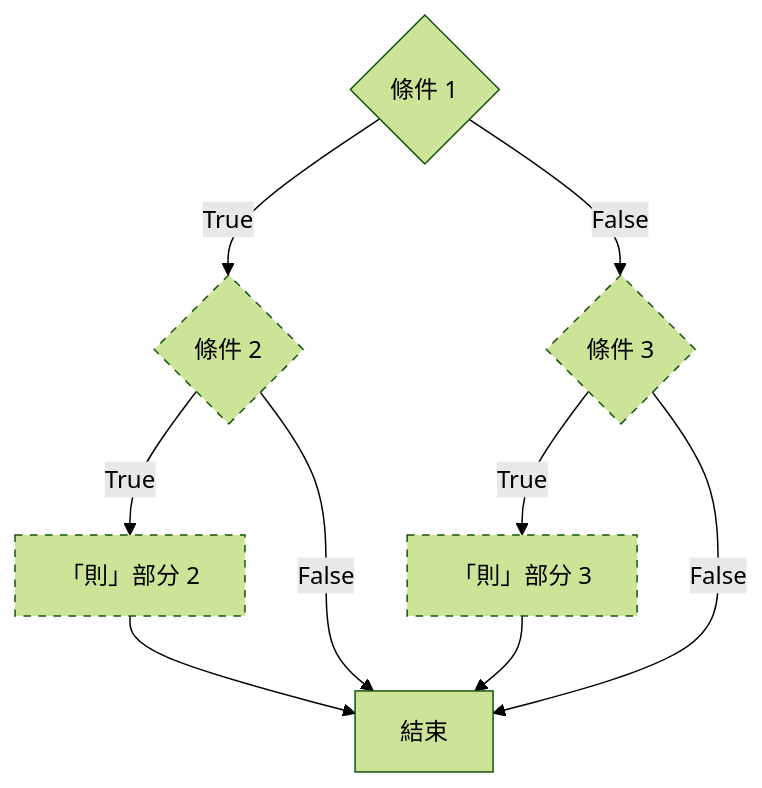
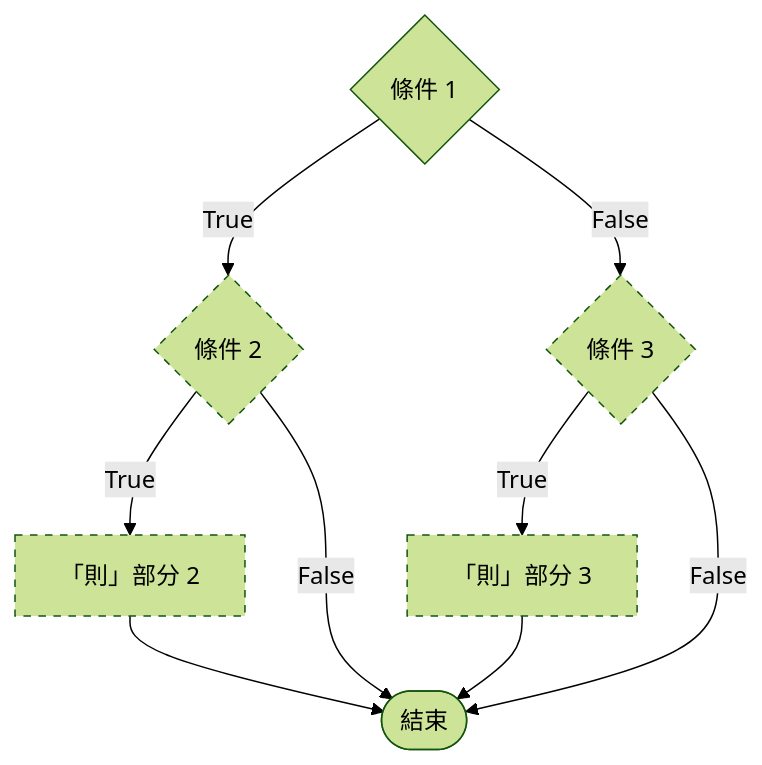
The fourth of 7 diagrams in content/docs/school/ict/D2 01python 編程入門.md (spectre-pro/spectre-pro.github.io), drawn with Mermaid (forest theme) before and after one commit. The commit also changed other lines of this file, not shown here.

````diff
--- a/content/docs/school/ict/D2 01python 編程入門.md
+++ b/content/docs/school/ict/D2 01python 編程入門.md
@@ -162,20 +162,20 @@
 ```mermaid
 graph TD
     A{條件 1} -->|True| B{條件 2}
     A -->|False| C{條件 3}
 
     B -->|True| D["「則」部分 2"]
-    B -->|False| F[結束]
+    B -->|False| F([結束])
 
     C -->|True| E["「則」部分 3"]
     C -->|False| F
 
     D --> F
     E --> F
 
     style B stroke-dasharray: 5 5
     style D stroke-dasharray: 5 5
     style C stroke-dasharray: 5 5
     style E stroke-dasharray: 5 5
 
 ```
````
